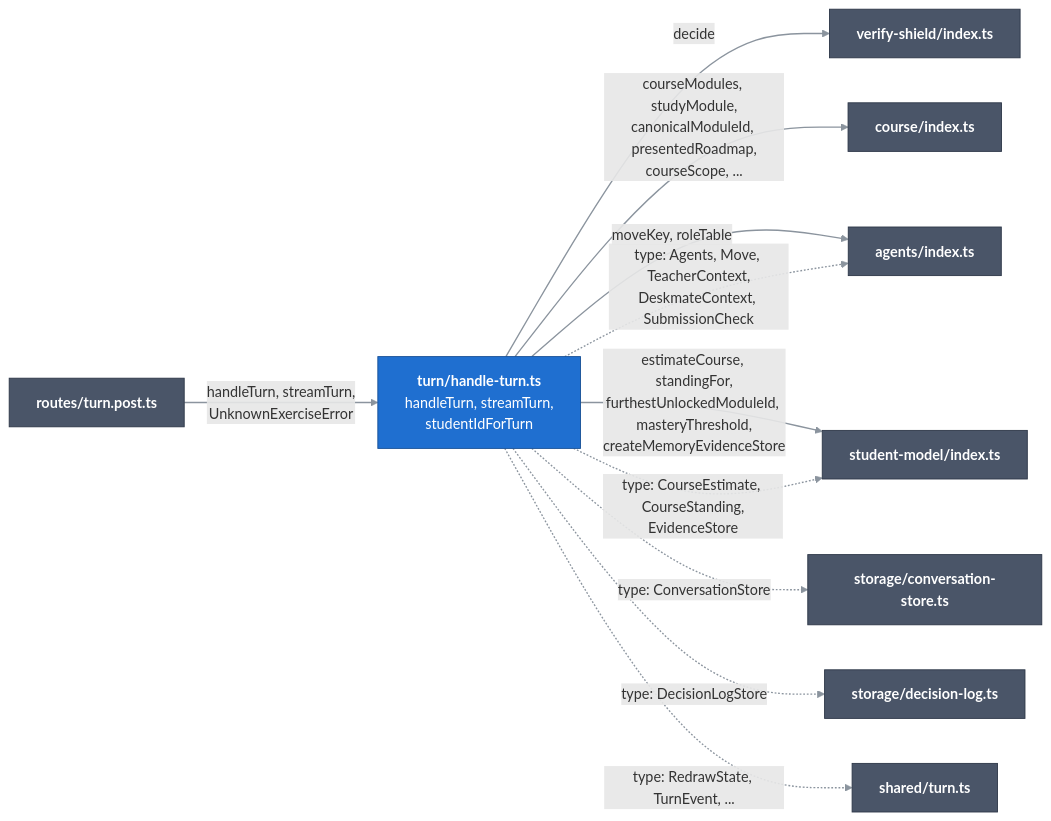
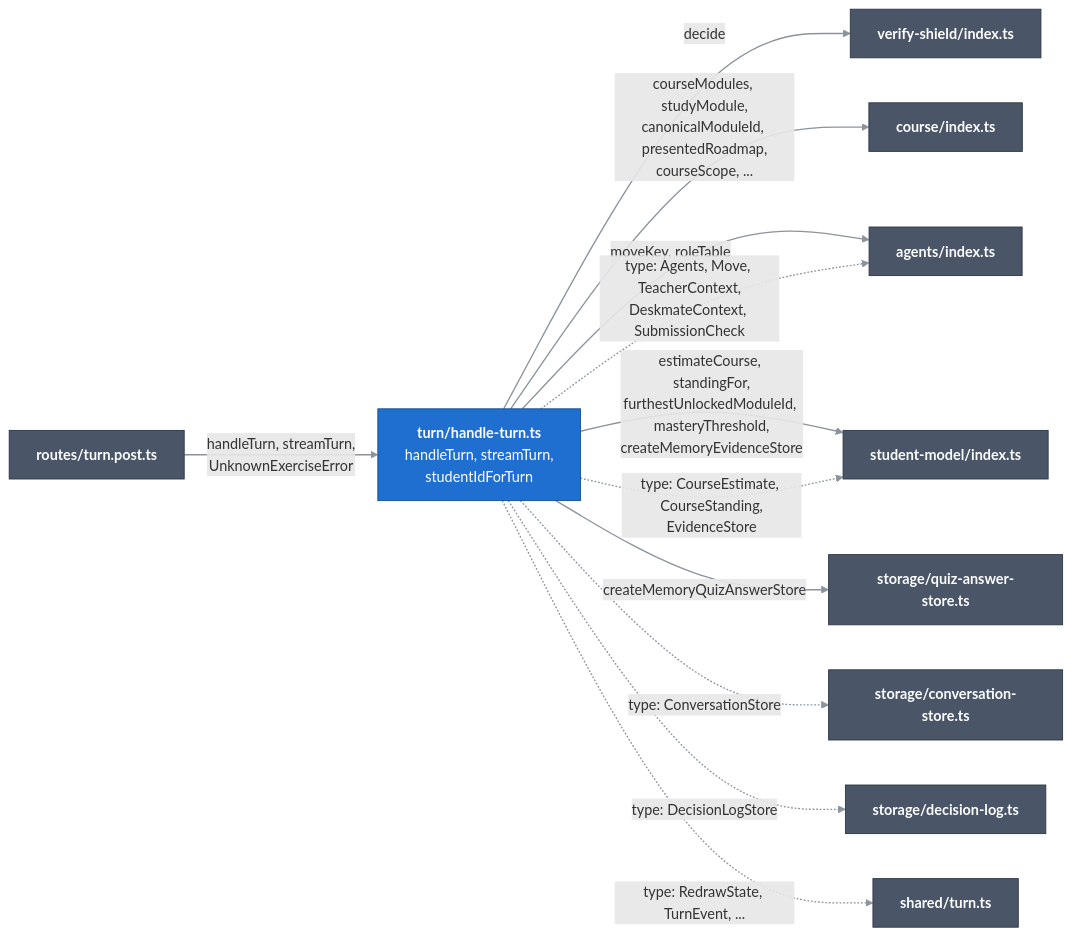
The diagram in docs/c4/03-components/server/02-turn.md (Bill2926/COS40005_HN9_Verifiable_Co-Learner_Agent), drawn with Mermaid before and after one commit. The commit also changed other lines of this file and 12 other files, not shown here.

````diff
--- a/docs/c4/03-components/server/02-turn.md
+++ b/docs/c4/03-components/server/02-turn.md
@@ -11,28 +11,30 @@
 ```mermaid
 flowchart LR
   classDef comp fill:#1f6fd0,stroke:#164f96,color:#ffffff
   classDef near fill:#4a5568,stroke:#2d3748,color:#ffffff
   linkStyle default stroke:#8b949e,stroke-width:1.5px
 
   turnRoute["<b>routes/turn.post.ts</b>"]:::near
   handleTurn["<b>turn/handle-turn.ts</b><br/>handleTurn, streamTurn,<br/>studentIdForTurn"]:::comp
 
   shield["<b>verify-shield/index.ts</b>"]:::near
   course["<b>course/index.ts</b>"]:::near
   agents["<b>agents/index.ts</b>"]:::near
   studentModel["<b>student-model/index.ts</b>"]:::near
   conversation["<b>storage/conversation-store.ts</b>"]:::near
   decisionLog["<b>storage/decision-log.ts</b>"]:::near
+  quizStore["<b>storage/quiz-answer-store.ts</b>"]:::near
   turnTypes["<b>shared/turn.ts</b>"]:::near
 
   turnRoute -->|"handleTurn, streamTurn,<br/>UnknownExerciseError"| handleTurn
   handleTurn -->|"decide"| shield
   handleTurn -->|"courseModules, studyModule,<br/>canonicalModuleId, presentedRoadmap,<br/>courseScope, ..."| course
   handleTurn -->|"moveKey, roleTable"| agents
   handleTurn -->|"estimateCourse, standingFor,<br/>furthestUnlockedModuleId, masteryThreshold,<br/>createMemoryEvidenceStore"| studentModel
   handleTurn -.->|"type: CourseEstimate, CourseStanding,<br/>EvidenceStore"| studentModel
   handleTurn -.->|"type: Agents, Move, TeacherContext,<br/>DeskmateContext, SubmissionCheck"| agents
+  handleTurn -->|"createMemoryQuizAnswerStore"| quizStore
   handleTurn -.->|"type: ConversationStore"| conversation
   handleTurn -.->|"type: DecisionLogStore"| decisionLog
   handleTurn -.->|"type: RedrawState, TurnEvent, ..."| turnTypes
 ```
````
